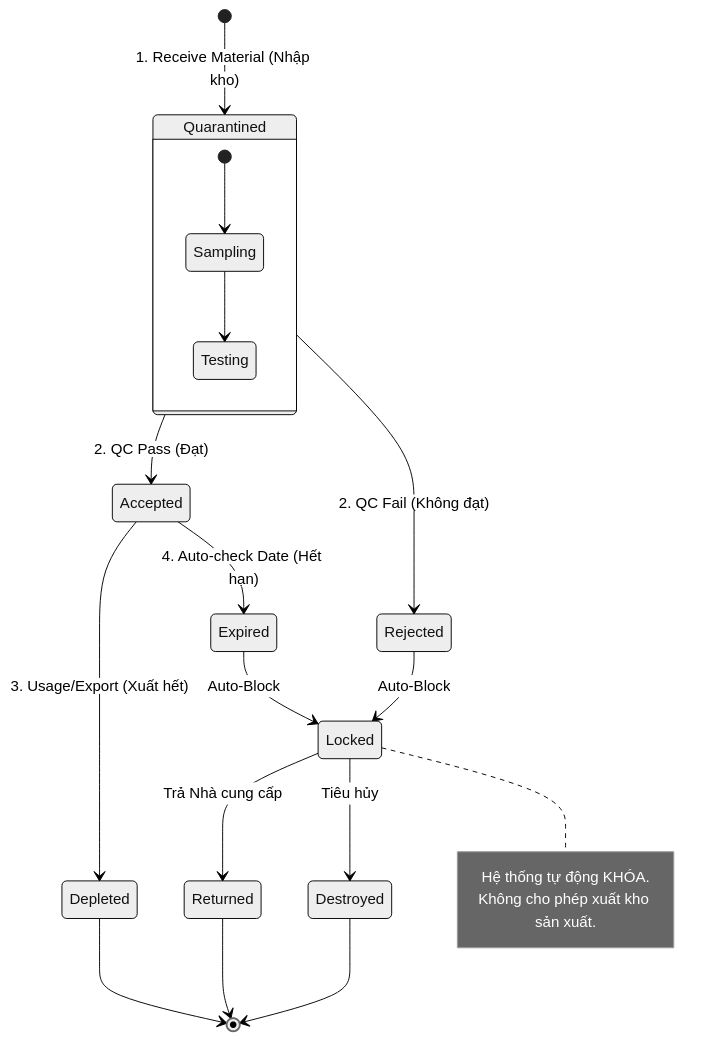
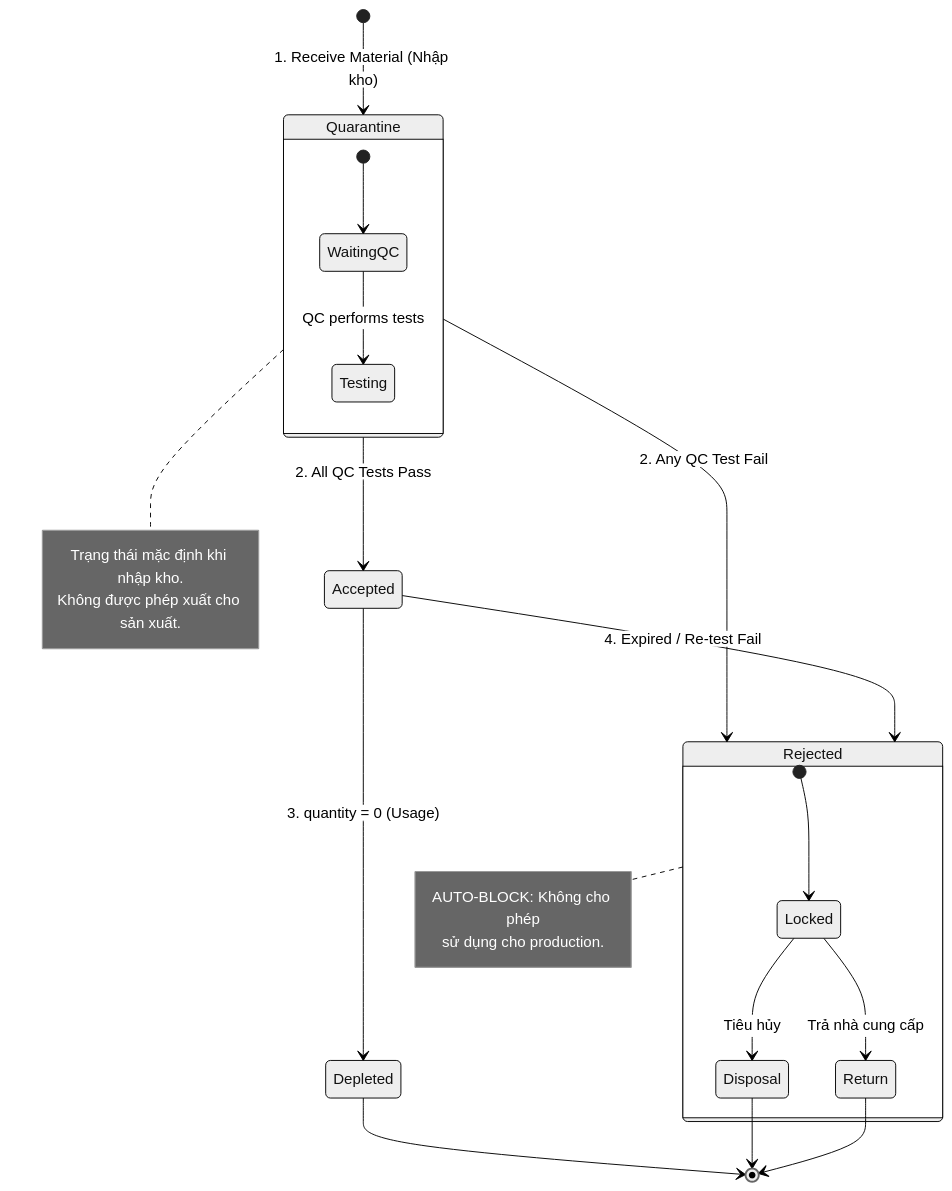
The second of 3 diagrams in 01_Documents/02_Domain Model.md (NguyenTri251004/SEC_Team_02_2026), drawn with Mermaid (neutral theme) before and after one commit. The commit also changed other lines of this file, not shown here.

First line of the commit message:
Update Domain Model to match database schema

````diff
--- a/01_Documents/02_Domain Model.md
+++ b/01_Documents/02_Domain Model.md
@@ -82,30 +389,35 @@
 ```mermaid
 stateDiagram-v2
-    [*] --> Quarantined : 1. Receive Material (Nhập kho)
+    [*] --> Quarantine : 1. Receive Material (Nhập kho)
     
-    state Quarantined {
-        [*] --> Sampling
-        Sampling --> Testing
+    state Quarantine {
+        [*] --> WaitingQC
+        WaitingQC --> Testing : QC performs tests
     }
 
-    Quarantined --> Accepted : 2. QC Pass (Đạt)
-    Quarantined --> Rejected : 2. QC Fail (Không đạt)
+    Quarantine --> Accepted : 2. All QC Tests Pass
+    Quarantine --> Rejected : 2. Any QC Test Fail
 
-    Accepted --> Depleted : 3. Usage/Export (Xuất hết)
-    Accepted --> Expired : 4. Auto-check Date (Hết hạn)
+    Accepted --> Depleted : 3. quantity = 0 (Usage)
+    Accepted --> Rejected : 4. Expired / Re-test Fail
 
-    Rejected --> Locked : Auto-Block
-    Expired --> Locked : Auto-Block
-
-    Locked --> Returned : Trả Nhà cung cấp
-    Locked --> Destroyed : Tiêu hủy
+    state Rejected {
+        [*] --> Locked
+        Locked --> Disposal : Tiêu hủy
+        Locked --> Return : Trả nhà cung cấp
+    }
 
     Depleted --> [*]
-    Returned --> [*]
-    Destroyed --> [*]
+    Disposal --> [*]
+    Return --> [*]
 
-    note right of Locked
-        Hệ thống tự động KHÓA.
-        Không cho phép xuất kho sản xuất.
+    note right of Quarantine
+        Trạng thái mặc định khi nhập kho.
+        Không được phép xuất cho sản xuất.
+    end note
+
+    note right of Rejected
+        AUTO-BLOCK: Không cho phép
+        sử dụng cho production.
     end note
 ```
````
